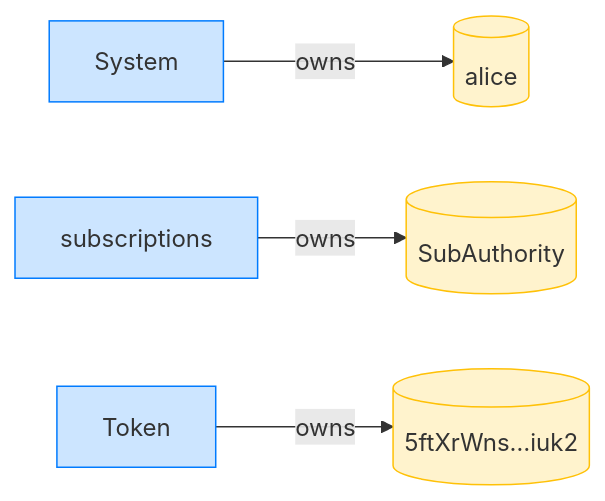
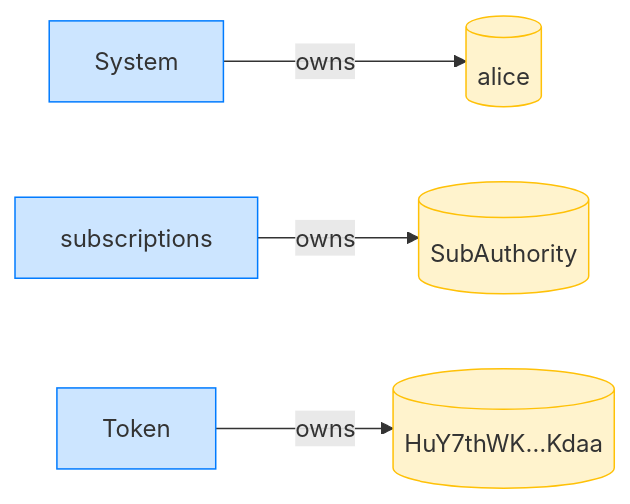
One commit to cds-rs/subscriptions changed the fourth of 12 diagrams in dsl_tests/recurring-transfer-within-the-drift-window-succeeds.md. Above: the diagram before and after it, drawn with Mermaid. The commit also changed other lines of this file and 224 other files, not shown here.

````diff
--- a/dsl_tests/recurring-transfer-within-the-drift-window-succeeds.md
+++ b/dsl_tests/recurring-transfer-within-the-drift-window-succeeds.md
@@ -73,14 +78,14 @@
 ```mermaid
 flowchart LR
     classDef owner fill:#cce5ff,stroke:#007bff;
     classDef account fill:#fff3cd,stroke:#ffc107;
     System[System]:::owner
     alice[(alice)]:::account
     subscriptions[subscriptions]:::owner
     SubAuthority[(SubAuthority)]:::account
     Token[Token]:::owner
-    5ftXrWns_iuk2[("5ftXrWns…iuk2")]:::account
+    HuY7thWK_Kdaa[("HuY7thWK…Kdaa")]:::account
     System -->|owns| alice
     subscriptions -->|owns| SubAuthority
-    Token -->|owns| 5ftXrWns_iuk2
+    Token -->|owns| HuY7thWK_Kdaa
 ```
````
